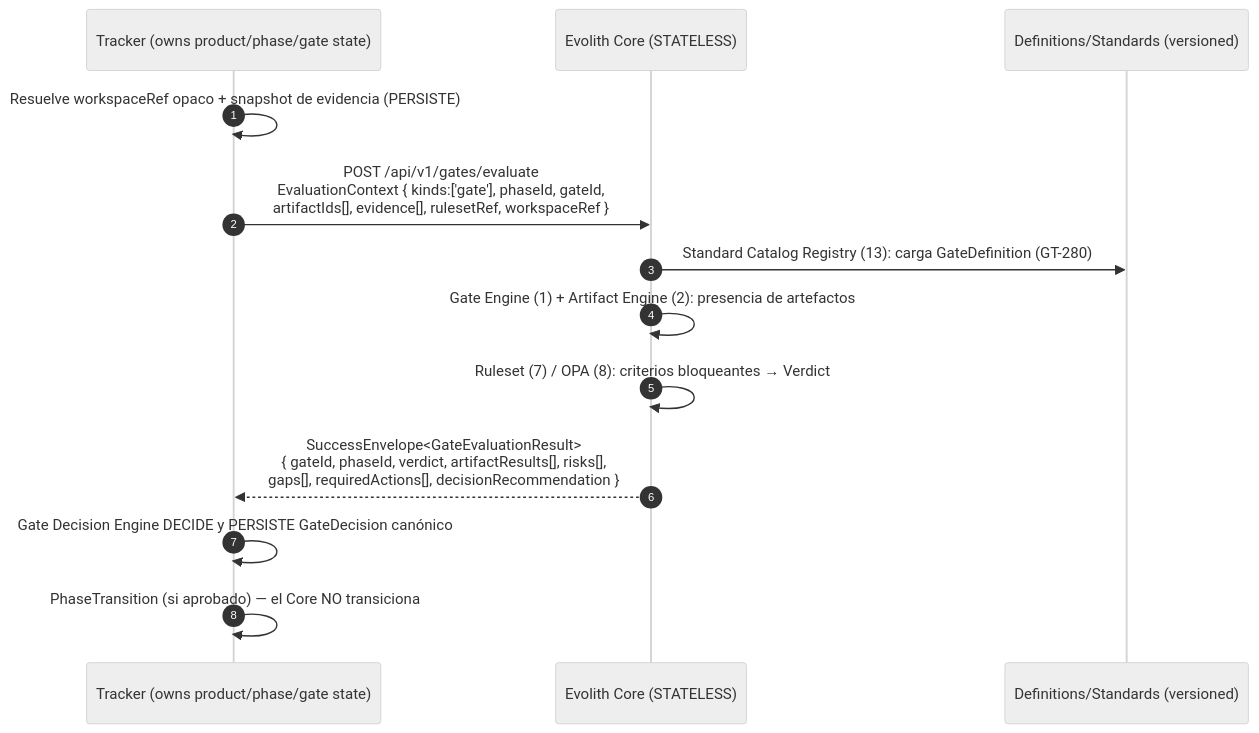
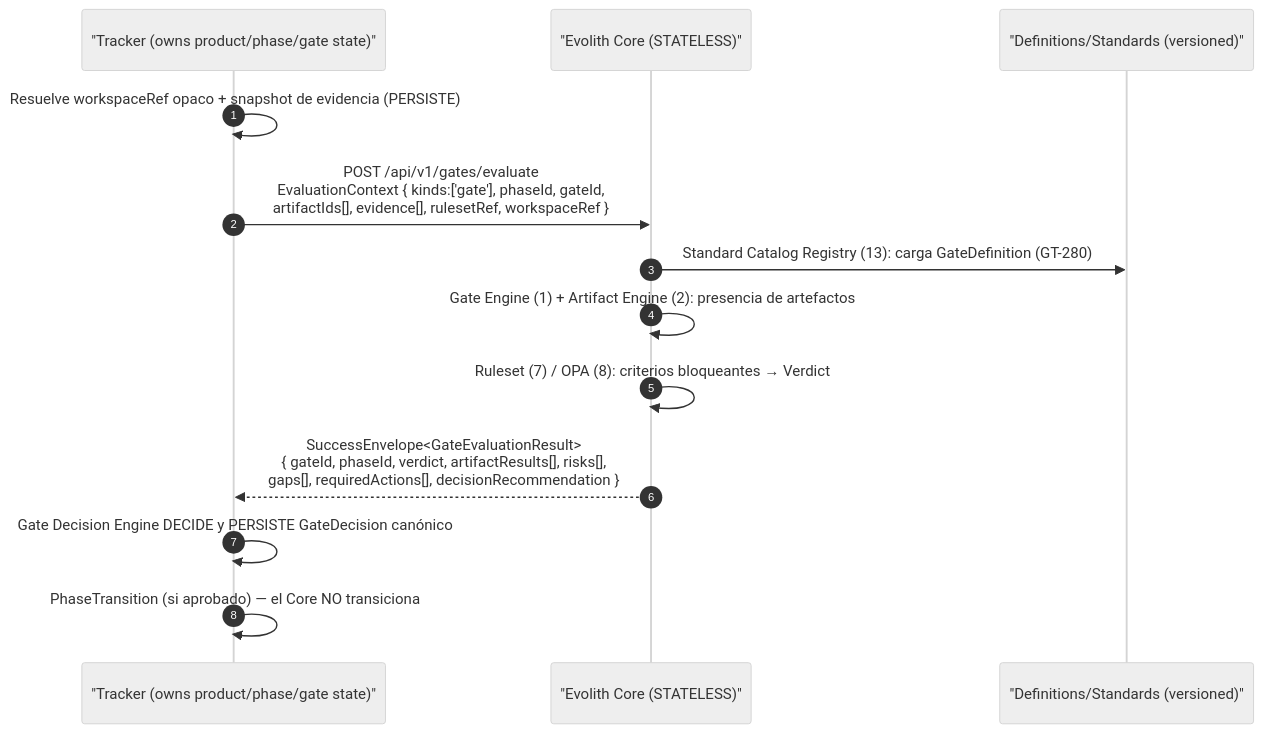
One commit to beyondnetcode/evolith_arch32 changed the second of 4 diagrams in reference/core/core-evaluation-engine-design.es.md. Above: the diagram before and after it, drawn with Mermaid (neutral theme). The commit also changed other lines of this file and 6 other files, not shown here.

First line of the commit message:
fix(docs): green the documentation validator (links, symbols, mermaid)

````diff
--- a/reference/core/core-evaluation-engine-design.es.md
+++ b/reference/core/core-evaluation-engine-design.es.md
@@ -786,16 +786,16 @@
 ```mermaid
 sequenceDiagram
     autonumber
-    participant TK as Tracker (owns product/phase/gate state)
-    participant CORE as Evolith Core (STATELESS)
-    participant DEFS as Definitions/Standards (versioned)
+    participant TK as "Tracker (owns product/phase/gate state)"
+    participant CORE as "Evolith Core (STATELESS)"
+    participant DEFS as "Definitions/Standards (versioned)"
 
     TK->>TK: Resuelve workspaceRef opaco + snapshot de evidencia (PERSISTE)
     TK->>CORE: POST /api/v1/gates/evaluate<br/>EvaluationContext { kinds:['gate'], phaseId, gateId,<br/>artifactIds[], evidence[], rulesetRef, workspaceRef }
     CORE->>DEFS: Standard Catalog Registry (13): carga GateDefinition (GT-280)
     CORE->>CORE: Gate Engine (1) + Artifact Engine (2): presencia de artefactos
     CORE->>CORE: Ruleset (7) / OPA (8): criterios bloqueantes → Verdict
     CORE-->>TK: SuccessEnvelope<GateEvaluationResult><br/>{ gateId, phaseId, verdict, artifactResults[], risks[],<br/>gaps[], requiredActions[], decisionRecommendation }
     TK->>TK: Gate Decision Engine DECIDE y PERSISTE GateDecision canónico
     TK->>TK: PhaseTransition (si aprobado) — el Core NO transiciona
 ```
````
